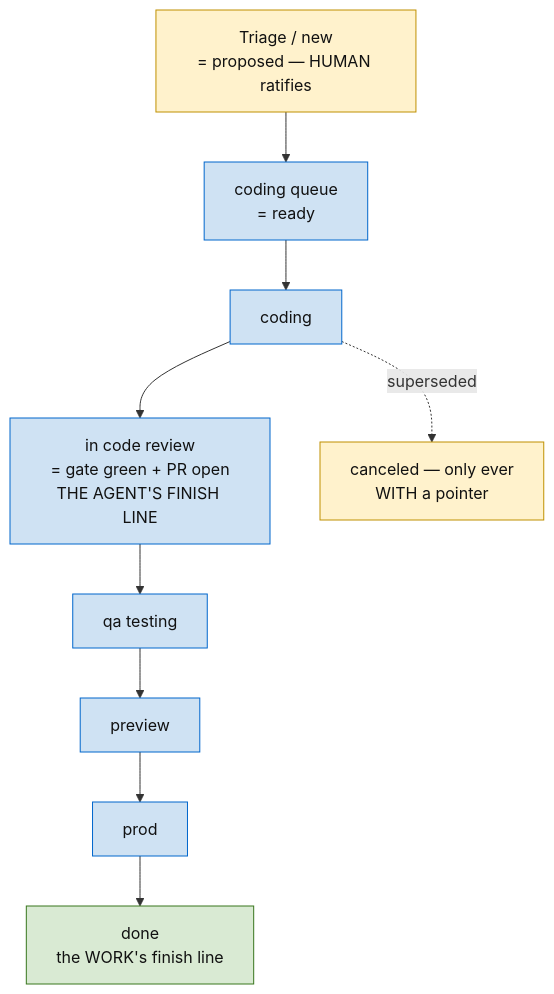
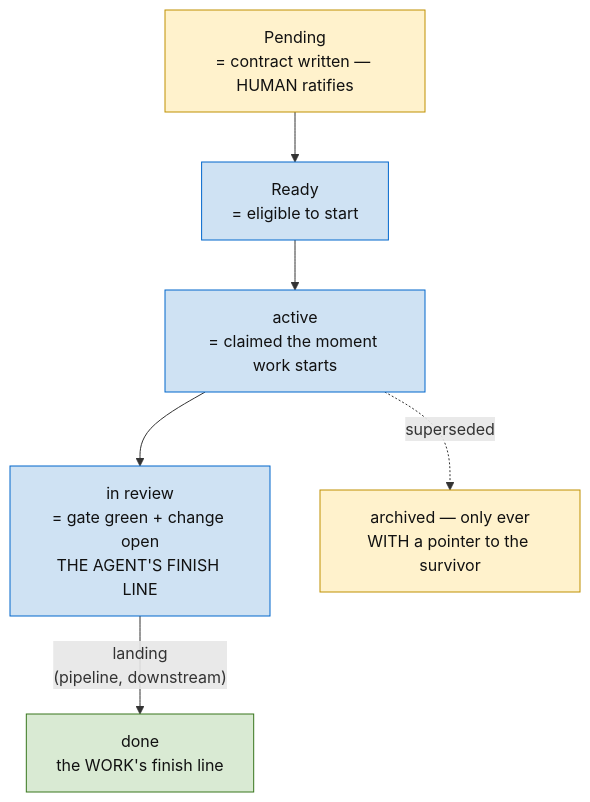
One commit to hypermemetic-ai/skills changed the second of 2 diagrams in skills/methodology/SKILL.md. Above: the diagram before and after it, drawn with Mermaid. The commit also changed other lines of this file and 19 other files, not shown here.

````diff
--- a/skills/methodology/SKILL.md
+++ b/skills/methodology/SKILL.md
@@ -52,13 +53,13 @@
 ```mermaid
 graph TD
-  T["Triage / new<br/>= proposed — HUMAN ratifies"] --> CQ["coding queue<br/>= ready"]
-  CQ --> C["coding"]
-  C --> ICR["in code review<br/>= gate green + PR open<br/>THE AGENT'S FINISH LINE"]
-  ICR --> QA["qa testing"] --> PV["preview"] --> PR["prod"] --> D["done<br/>the WORK's finish line"]
-  C -.->|"superseded"| X["canceled — only ever<br/>WITH a pointer"]
+  P["Pending<br/>= contract written — HUMAN ratifies"] --> R["Ready<br/>= eligible to start"]
+  R --> A["active<br/>= claimed the moment work starts"]
+  A --> IR["in review<br/>= gate green + change open<br/>THE AGENT'S FINISH LINE"]
+  IR -->|"landing<br/>(pipeline, downstream)"| D["done<br/>the WORK's finish line"]
+  A -.->|"superseded"| X["archived — only ever<br/>WITH a pointer to the survivor"]
   classDef a fill:#cfe2f3,stroke:#0066cc,color:#111;
   classDef h fill:#fff2cc,stroke:#bf9000,color:#111;
   classDef d fill:#d9ead3,stroke:#38761d,color:#111;
   classDef x fill:#f4cccc,stroke:#cc0000,color:#111;
-  class T,X h; class CQ,C,ICR a; class QA,PV,PR a; class D d;
+  class P,X h; class R,A,IR a; class D d;
 ```
````
